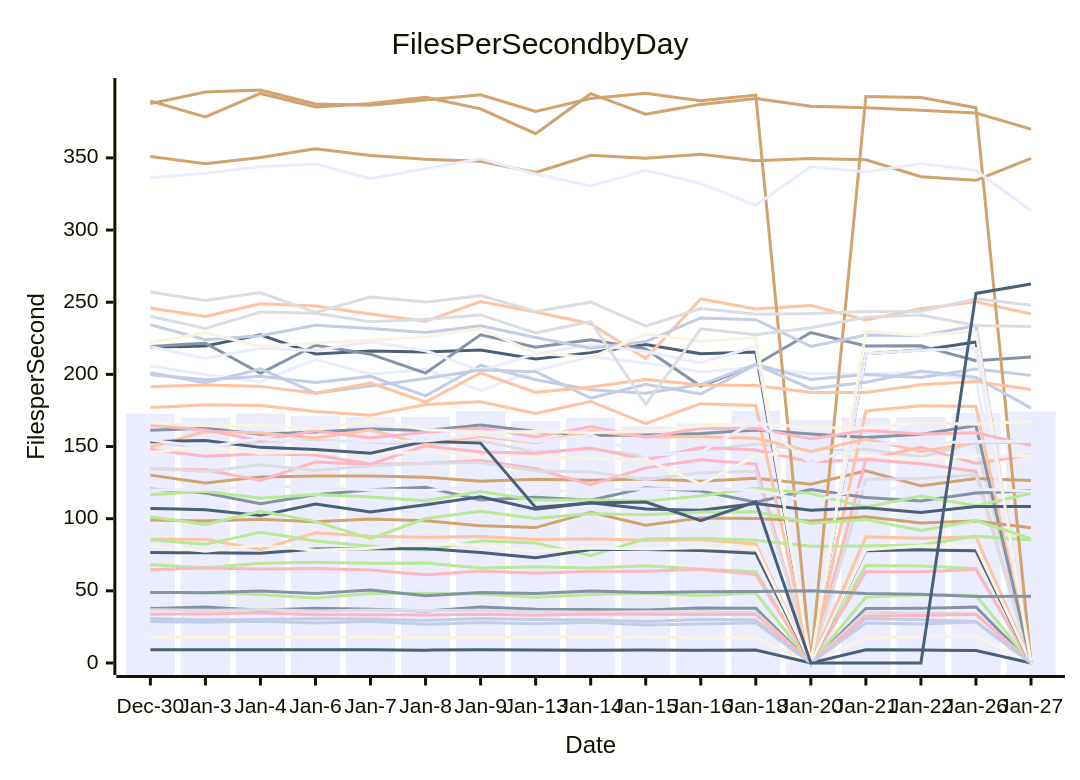
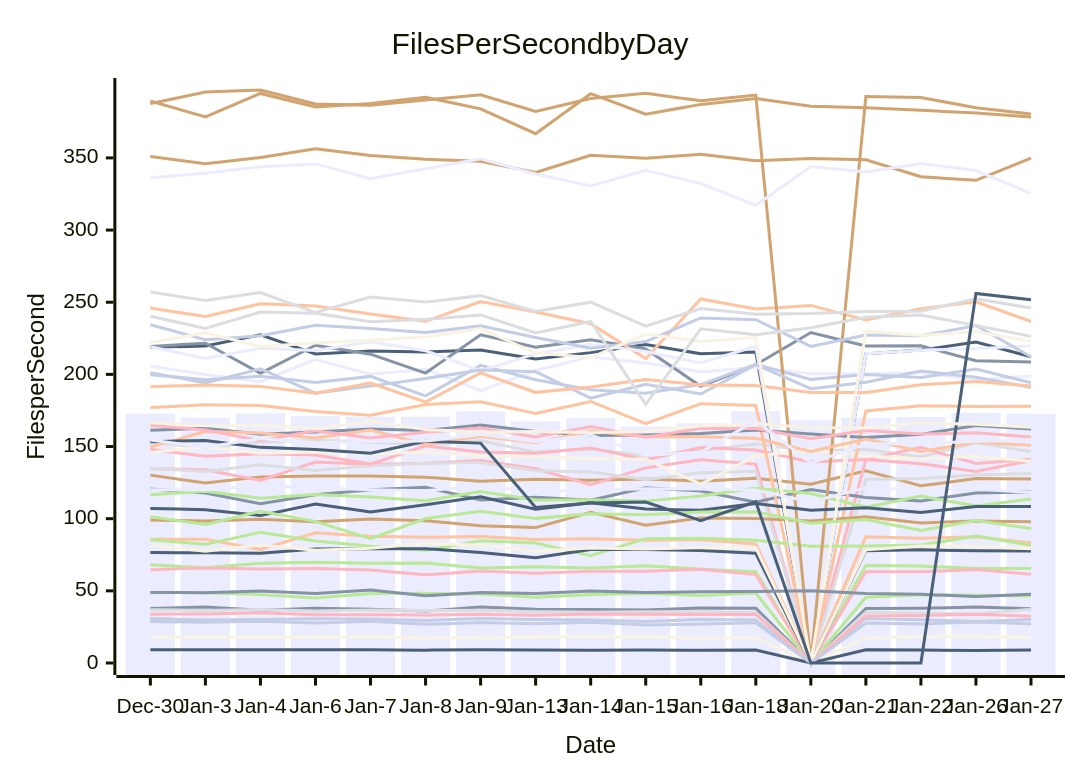
Before and after one commit to streetsidesoftware/cspell: the diagram in perf-report.md, drawn with Mermaid. The commit also changed other lines of this file and 1 other file, not shown here.

````diff
--- a/perf-report.md
+++ b/perf-report.md
@@ -10,57 +10,57 @@
 ```mermaid
 xychart-beta
     title Files Per Second by Day
     y-axis Files per Second
     x-axis Date [Dec-30, Jan-3, Jan-4, Jan-6, Jan-7, Jan-8, Jan-9, Jan-13, Jan-14, Jan-15, Jan-16, Jan-18, Jan-20, Jan-21, Jan-22, Jan-26, Jan-27]
-    bar [172.79, 170.07, 172.98, 171.06, 170.63, 170.60, 174.36, 167.48, 169.75, 163.88, 166.13, 174.50, 168.43, 169.86, 170.44, 173.21, 174.27]
-    line [37.85, 38.77, 36.54, 38.02, 37.20, 35.97, 38.77, 37.19, 37.15, 36.65, 38.13, 37.95, 0.00, 37.76, 37.89, 38.81, 0.00]
-    line [85.81, 85.78, 78.64, 90.27, 87.90, 87.06, 87.60, 85.54, 86.15, 85.12, 85.43, 82.51, 0.00, 87.43, 86.48, 87.49, 0.00]
-    line [153.21, 148.91, 153.20, 154.41, 153.05, 151.33, 153.98, 146.13, 148.32, 143.55, 147.19, 151.83, 146.83, 148.17, 142.81, 152.72, 0.00]
-    line [48.82, 48.74, 47.38, 44.97, 48.20, 48.28, 47.88, 45.48, 47.52, 48.15, 46.82, 48.44, 0.00, 45.59, 47.24, 46.87, 0.00]
-    line [130.19, 124.72, 128.97, 129.63, 129.57, 128.75, 125.98, 127.26, 126.67, 127.57, 126.01, 128.09, 123.93, 133.11, 122.76, 127.88, 126.43]
-    line [30.88, 29.79, 30.12, 30.58, 30.44, 29.43, 30.82, 30.13, 29.74, 28.69, 30.19, 29.74, 0.00, 30.87, 30.00, 28.70, 0.00]
-    line [134.58, 133.84, 126.46, 139.31, 137.59, 138.48, 140.31, 134.58, 123.64, 135.23, 140.79, 137.86, 0.00, 141.02, 138.02, 132.73, 0.00]
-    line [218.79, 219.63, 227.40, 214.16, 216.11, 215.58, 216.92, 210.61, 215.07, 220.69, 214.26, 215.48, 0.00, 214.23, 216.83, 222.41, 0.00]
-    line [17.93, 17.83, 17.83, 17.89, 18.19, 17.48, 17.44, 18.04, 18.04, 18.22, 17.23, 17.55, 0.00, 17.39, 18.17, 18.55, 0.00]
-    line [205.76, 199.93, 194.96, 210.48, 200.08, 203.53, 188.73, 202.65, 212.27, 207.96, 201.68, 204.97, 200.41, 200.50, 201.35, 196.11, 0.00]
-    line [219.38, 221.60, 200.66, 220.18, 213.99, 200.90, 227.46, 218.81, 223.94, 217.59, 191.78, 206.70, 229.01, 219.68, 219.77, 209.49, 212.12]
-    line [245.95, 240.13, 248.92, 247.35, 241.85, 236.85, 250.47, 243.18, 235.07, 210.91, 252.26, 245.25, 247.79, 237.71, 245.48, 250.24, 241.83]
-    line [134.99, 132.64, 137.41, 133.47, 136.71, 138.45, 138.88, 133.26, 132.31, 127.23, 131.76, 132.93, 0.00, 127.27, 127.81, 130.32, 0.00]
-    line [68.15, 65.99, 69.11, 69.77, 69.09, 69.36, 65.84, 66.66, 65.78, 67.40, 65.04, 63.23, 0.00, 67.48, 67.27, 65.41, 0.00]
-    line [350.95, 345.98, 350.21, 356.35, 351.62, 349.11, 347.65, 339.94, 351.75, 349.84, 352.46, 347.95, 349.61, 348.67, 336.98, 334.45, 349.65]
-    line [199.78, 196.30, 198.61, 194.45, 198.60, 185.12, 206.27, 196.30, 189.40, 186.97, 192.92, 206.92, 196.43, 199.84, 197.78, 203.69, 199.30]
-    line [148.04, 143.32, 145.06, 144.14, 137.83, 150.50, 146.15, 145.30, 149.05, 140.78, 149.26, 147.65, 139.36, 140.95, 149.41, 138.21, 144.23]
-    line [9.12, 9.16, 9.11, 9.12, 9.14, 8.90, 9.21, 9.09, 8.82, 8.93, 8.76, 8.99, 0.00, 9.21, 8.99, 8.69, 0.00]
-    line [145.93, 149.70, 145.36, 146.19, 145.02, 146.18, 143.49, 142.76, 141.64, 141.15, 123.99, 143.49, 147.59, 143.59, 141.42, 143.21, 143.65]
-    line [219.17, 210.98, 218.13, 216.47, 222.63, 216.37, 202.60, 214.18, 220.74, 215.80, 207.87, 219.52, 0.00, 214.36, 216.75, 217.84, 0.00]
-    line [120.64, 117.82, 110.33, 116.53, 120.08, 121.77, 112.94, 114.87, 112.73, 121.37, 119.21, 111.41, 120.28, 114.69, 112.28, 117.78, 119.28]
-    line [176.99, 178.92, 178.38, 174.22, 171.75, 179.11, 181.04, 172.87, 181.24, 165.83, 179.67, 178.49, 0.00, 174.64, 178.29, 177.69, 0.00]
-    line [36.98, 36.38, 37.08, 36.07, 36.65, 36.34, 36.49, 35.46, 35.24, 35.59, 35.58, 35.07, 0.00, 35.24, 34.68, 33.94, 0.00]
-    line [85.34, 82.22, 90.61, 84.54, 80.98, 78.06, 84.72, 83.13, 74.36, 86.16, 86.38, 84.98, 80.87, 81.08, 81.74, 87.91, 85.31]
-    line [387.60, 395.60, 397.05, 387.31, 386.47, 390.16, 393.74, 382.18, 391.17, 394.86, 389.55, 393.53, 0.00, 392.61, 391.87, 384.72, 0.00]
-    line [201.20, 194.13, 203.79, 186.99, 191.85, 197.16, 203.10, 201.84, 183.49, 193.18, 186.41, 206.76, 190.09, 194.48, 202.39, 197.93, 176.65]
-    line [64.66, 65.89, 65.11, 65.47, 64.47, 61.13, 63.67, 62.15, 63.63, 63.52, 64.93, 61.26, 0.00, 63.19, 63.24, 64.72, 0.00]
-    line [76.50, 76.34, 76.08, 79.03, 79.23, 79.24, 76.50, 72.97, 78.65, 78.72, 77.98, 76.03, 0.00, 77.82, 78.41, 77.74, 0.00]
-    line [81.41, 77.52, 81.68, 78.20, 79.53, 83.01, 81.62, 77.54, 79.76, 78.94, 80.05, 79.79, 0.00, 78.41, 81.03, 80.80, 0.00]
-    line [336.17, 339.40, 343.93, 345.83, 335.66, 342.43, 349.42, 338.80, 330.51, 341.37, 332.29, 317.17, 344.00, 340.27, 346.07, 341.26, 313.41]
-    line [161.25, 162.72, 158.59, 160.02, 162.06, 161.10, 164.91, 160.36, 157.59, 157.97, 159.04, 161.40, 158.69, 156.26, 158.43, 164.60, 0.00]
-    line [191.45, 192.64, 191.68, 186.85, 193.93, 180.85, 201.04, 187.54, 191.28, 196.46, 192.64, 192.25, 187.45, 187.38, 192.87, 195.04, 189.47]
-    line [257.10, 251.12, 256.72, 242.84, 253.62, 250.11, 254.55, 243.64, 250.04, 233.42, 245.62, 241.64, 242.10, 243.52, 243.78, 252.46, 247.88]
-    line [116.64, 119.03, 114.16, 116.74, 115.06, 112.51, 118.83, 112.95, 112.89, 112.17, 115.75, 121.13, 117.45, 107.89, 115.63, 108.80, 117.57]
-    line [99.08, 98.33, 99.60, 97.96, 99.84, 98.62, 95.10, 93.83, 104.36, 95.41, 100.49, 100.17, 98.43, 101.26, 97.05, 98.45, 93.78]
-    line [234.40, 224.05, 226.75, 234.01, 231.87, 229.00, 233.60, 225.53, 218.14, 222.73, 239.07, 237.86, 219.38, 227.33, 226.70, 233.87, 0.00]
-    line [33.78, 33.96, 34.86, 33.41, 33.47, 33.19, 33.82, 33.01, 34.00, 33.70, 33.67, 33.62, 0.00, 32.53, 32.97, 33.70, 0.00]
-    line [107.07, 106.25, 102.14, 110.16, 104.65, 109.58, 115.11, 106.48, 111.07, 106.70, 105.83, 110.59, 105.90, 107.50, 104.30, 108.52, 108.44]
-    line [222.00, 228.77, 219.30, 221.68, 223.62, 226.04, 231.74, 214.77, 211.68, 227.93, 222.84, 225.57, 0.00, 229.76, 226.99, 229.64, 0.00]
-    line [120.11, 120.07, 122.96, 121.36, 120.04, 119.36, 122.67, 118.82, 119.70, 120.72, 120.60, 119.83, 111.61, 121.49, 119.94, 120.57, 118.85]
-    line [48.88, 48.70, 49.88, 48.16, 50.54, 46.59, 48.81, 48.15, 49.96, 48.86, 49.35, 49.61, 49.98, 48.14, 47.57, 46.02, 46.27]
-    line [149.63, 160.44, 159.38, 155.94, 161.49, 151.30, 157.09, 152.68, 160.69, 156.79, 156.81, 155.73, 146.52, 155.23, 146.60, 152.95, 152.63]
-    line [240.28, 231.82, 243.15, 242.35, 236.52, 238.12, 241.19, 228.64, 236.61, 179.24, 231.58, 227.41, 232.25, 239.53, 241.09, 233.83, 233.21]
-    line [101.39, 95.92, 105.11, 98.16, 86.10, 100.14, 105.08, 100.22, 103.42, 102.77, 104.55, 104.84, 96.90, 99.42, 91.88, 98.65, 86.18]
-    line [389.40, 378.43, 394.66, 385.25, 387.67, 392.05, 384.01, 366.78, 394.48, 380.24, 387.08, 391.19, 385.76, 384.74, 382.99, 381.11, 369.98]
-    line [28.71, 28.29, 28.89, 27.76, 28.93, 26.82, 27.98, 27.25, 28.25, 26.29, 26.94, 27.92, 0.00, 27.74, 27.10, 28.41, 0.00]
-    line [164.75, 161.43, 154.09, 160.97, 155.89, 159.83, 162.81, 156.59, 163.92, 156.50, 162.70, 162.52, 155.39, 161.05, 158.62, 159.47, 150.70]
-    line [153.37, 154.17, 149.42, 147.86, 145.38, 153.63, 152.37, 107.78, 110.93, 111.50, 98.69, 111.74, 0.00, 0.00, 0.00, 256.11, 262.64]
-    line [166.42, 164.47, 164.70, 162.35, 167.49, 161.75, 159.91, 160.33, 159.51, 160.62, 164.27, 165.83, 163.17, 162.82, 166.39, 165.48, 167.56]
-    line [154.49, 149.59, 155.51, 152.61, 153.69, 153.81, 158.28, 153.24, 158.05, 143.97, 146.11, 167.84, 138.47, 151.83, 152.31, 153.48, 153.47]
+    bar [172.79, 170.07, 172.98, 171.06, 170.63, 170.60, 174.36, 167.48, 169.75, 163.88, 166.13, 174.50, 168.43, 169.86, 170.44, 173.21, 172.67]
+    line [37.85, 38.77, 36.54, 38.02, 37.20, 35.97, 38.77, 37.19, 37.15, 36.65, 38.13, 37.95, 0.00, 37.76, 37.89, 38.81, 37.65]
+    line [85.81, 85.78, 78.64, 90.27, 87.90, 87.06, 87.60, 85.54, 86.15, 85.12, 85.43, 82.51, 0.00, 87.43, 86.48, 87.49, 83.14]
+    line [153.21, 148.91, 153.20, 154.41, 153.05, 151.33, 153.98, 146.13, 148.32, 143.55, 147.19, 151.83, 146.83, 148.17, 142.81, 152.72, 146.41]
+    line [48.82, 48.74, 47.38, 44.97, 48.20, 48.28, 47.88, 45.48, 47.52, 48.15, 46.82, 48.44, 0.00, 45.59, 47.24, 46.87, 46.50]
+    line [130.19, 124.72, 128.97, 129.63, 129.57, 128.75, 125.98, 127.26, 126.67, 127.57, 126.01, 128.09, 123.93, 133.11, 122.76, 127.88, 127.54]
+    line [30.88, 29.79, 30.12, 30.58, 30.44, 29.43, 30.82, 30.13, 29.74, 28.69, 30.19, 29.74, 0.00, 30.87, 30.00, 28.70, 30.15]
+    line [134.58, 133.84, 126.46, 139.31, 137.59, 138.48, 140.31, 134.58, 123.64, 135.23, 140.79, 137.86, 0.00, 141.02, 138.02, 132.73, 140.34]
+    line [218.79, 219.63, 227.40, 214.16, 216.11, 215.58, 216.92, 210.61, 215.07, 220.69, 214.26, 215.48, 0.00, 214.23, 216.83, 222.41, 212.17]
+    line [17.93, 17.83, 17.83, 17.89, 18.19, 17.48, 17.44, 18.04, 18.04, 18.22, 17.23, 17.55, 0.00, 17.39, 18.17, 18.55, 17.49]
+    line [205.76, 199.93, 194.96, 210.48, 200.08, 203.53, 188.73, 202.65, 212.27, 207.96, 201.68, 204.97, 200.41, 200.50, 201.35, 196.11, 198.83]
+    line [219.38, 221.60, 200.66, 220.18, 213.99, 200.90, 227.46, 218.81, 223.94, 217.59, 191.78, 206.70, 229.01, 219.68, 219.77, 209.49, 208.60]
+    line [245.95, 240.13, 248.92, 247.35, 241.85, 236.85, 250.47, 243.18, 235.07, 210.91, 252.26, 245.25, 247.79, 237.71, 245.48, 250.24, 236.64]
+    line [134.99, 132.64, 137.41, 133.47, 136.71, 138.45, 138.88, 133.26, 132.31, 127.23, 131.76, 132.93, 0.00, 127.27, 127.81, 130.32, 131.33]
+    line [68.15, 65.99, 69.11, 69.77, 69.09, 69.36, 65.84, 66.66, 65.78, 67.40, 65.04, 63.23, 0.00, 67.48, 67.27, 65.41, 65.55]
+    line [350.95, 345.98, 350.21, 356.35, 351.62, 349.11, 347.65, 339.94, 351.75, 349.84, 352.46, 347.95, 349.61, 348.67, 336.98, 334.45, 349.88]
+    line [199.78, 196.30, 198.61, 194.45, 198.60, 185.12, 206.27, 196.30, 189.40, 186.97, 192.92, 206.92, 196.43, 199.84, 197.78, 203.69, 194.15]
+    line [148.04, 143.32, 145.06, 144.14, 137.83, 150.50, 146.15, 145.30, 149.05, 140.78, 149.26, 147.65, 139.36, 140.95, 149.41, 138.21, 141.18]
+    line [9.12, 9.16, 9.11, 9.12, 9.14, 8.90, 9.21, 9.09, 8.82, 8.93, 8.76, 8.99, 0.00, 9.21, 8.99, 8.69, 8.96]
+    line [145.93, 149.70, 145.36, 146.19, 145.02, 146.18, 143.49, 142.76, 141.64, 141.15, 123.99, 143.49, 147.59, 143.59, 141.42, 143.21, 139.80]
+    line [219.17, 210.98, 218.13, 216.47, 222.63, 216.37, 202.60, 214.18, 220.74, 215.80, 207.87, 219.52, 0.00, 214.36, 216.75, 217.84, 219.78]
+    line [120.64, 117.82, 110.33, 116.53, 120.08, 121.77, 112.94, 114.87, 112.73, 121.37, 119.21, 111.41, 120.28, 114.69, 112.28, 117.78, 118.45]
+    line [176.99, 178.92, 178.38, 174.22, 171.75, 179.11, 181.04, 172.87, 181.24, 165.83, 179.67, 178.49, 0.00, 174.64, 178.29, 177.69, 177.91]
+    line [36.98, 36.38, 37.08, 36.07, 36.65, 36.34, 36.49, 35.46, 35.24, 35.59, 35.58, 35.07, 0.00, 35.24, 34.68, 33.94, 37.17]
+    line [85.34, 82.22, 90.61, 84.54, 80.98, 78.06, 84.72, 83.13, 74.36, 86.16, 86.38, 84.98, 80.87, 81.08, 81.74, 87.91, 81.66]
+    line [387.60, 395.60, 397.05, 387.31, 386.47, 390.16, 393.74, 382.18, 391.17, 394.86, 389.55, 393.53, 0.00, 392.61, 391.87, 384.72, 380.50]
+    line [201.20, 194.13, 203.79, 186.99, 191.85, 197.16, 203.10, 201.84, 183.49, 193.18, 186.41, 206.76, 190.09, 194.48, 202.39, 197.93, 190.96]
+    line [64.66, 65.89, 65.11, 65.47, 64.47, 61.13, 63.67, 62.15, 63.63, 63.52, 64.93, 61.26, 0.00, 63.19, 63.24, 64.72, 61.49]
+    line [76.50, 76.34, 76.08, 79.03, 79.23, 79.24, 76.50, 72.97, 78.65, 78.72, 77.98, 76.03, 0.00, 77.82, 78.41, 77.74, 77.55]
+    line [81.41, 77.52, 81.68, 78.20, 79.53, 83.01, 81.62, 77.54, 79.76, 78.94, 80.05, 79.79, 0.00, 78.41, 81.03, 80.80, 79.24]
+    line [336.17, 339.40, 343.93, 345.83, 335.66, 342.43, 349.42, 338.80, 330.51, 341.37, 332.29, 317.17, 344.00, 340.27, 346.07, 341.26, 325.45]
+    line [161.25, 162.72, 158.59, 160.02, 162.06, 161.10, 164.91, 160.36, 157.59, 157.97, 159.04, 161.40, 158.69, 156.26, 158.43, 164.60, 162.20]
+    line [191.45, 192.64, 191.68, 186.85, 193.93, 180.85, 201.04, 187.54, 191.28, 196.46, 192.64, 192.25, 187.45, 187.38, 192.87, 195.04, 191.90]
+    line [257.10, 251.12, 256.72, 242.84, 253.62, 250.11, 254.55, 243.64, 250.04, 233.42, 245.62, 241.64, 242.10, 243.52, 243.78, 252.46, 246.04]
+    line [116.64, 119.03, 114.16, 116.74, 115.06, 112.51, 118.83, 112.95, 112.89, 112.17, 115.75, 121.13, 117.45, 107.89, 115.63, 108.80, 113.59]
+    line [99.08, 98.33, 99.60, 97.96, 99.84, 98.62, 95.10, 93.83, 104.36, 95.41, 100.49, 100.17, 98.43, 101.26, 97.05, 98.45, 97.87]
+    line [234.40, 224.05, 226.75, 234.01, 231.87, 229.00, 233.60, 225.53, 218.14, 222.73, 239.07, 237.86, 219.38, 227.33, 226.70, 233.87, 212.17]
+    line [33.78, 33.96, 34.86, 33.41, 33.47, 33.19, 33.82, 33.01, 34.00, 33.70, 33.67, 33.62, 0.00, 32.53, 32.97, 33.70, 32.47]
+    line [107.07, 106.25, 102.14, 110.16, 104.65, 109.58, 115.11, 106.48, 111.07, 106.70, 105.83, 110.59, 105.90, 107.50, 104.30, 108.52, 108.53]
+    line [222.00, 228.77, 219.30, 221.68, 223.62, 226.04, 231.74, 214.77, 211.68, 227.93, 222.84, 225.57, 0.00, 229.76, 226.99, 229.64, 222.91]
+    line [120.11, 120.07, 122.96, 121.36, 120.04, 119.36, 122.67, 118.82, 119.70, 120.72, 120.60, 119.83, 111.61, 121.49, 119.94, 120.57, 118.08]
+    line [48.88, 48.70, 49.88, 48.16, 50.54, 46.59, 48.81, 48.15, 49.96, 48.86, 49.35, 49.61, 49.98, 48.14, 47.57, 46.02, 47.64]
+    line [149.63, 160.44, 159.38, 155.94, 161.49, 151.30, 157.09, 152.68, 160.69, 156.79, 156.81, 155.73, 146.52, 155.23, 146.60, 152.95, 150.80]
+    line [240.28, 231.82, 243.15, 242.35, 236.52, 238.12, 241.19, 228.64, 236.61, 179.24, 231.58, 227.41, 232.25, 239.53, 241.09, 233.83, 226.32]
+    line [101.39, 95.92, 105.11, 98.16, 86.10, 100.14, 105.08, 100.22, 103.42, 102.77, 104.55, 104.84, 96.90, 99.42, 91.88, 98.65, 93.26]
+    line [389.40, 378.43, 394.66, 385.25, 387.67, 392.05, 384.01, 366.78, 394.48, 380.24, 387.08, 391.19, 385.76, 384.74, 382.99, 381.11, 378.36]
+    line [28.71, 28.29, 28.89, 27.76, 28.93, 26.82, 27.98, 27.25, 28.25, 26.29, 26.94, 27.92, 0.00, 27.74, 27.10, 28.41, 27.24]
+    line [164.75, 161.43, 154.09, 160.97, 155.89, 159.83, 162.81, 156.59, 163.92, 156.50, 162.70, 162.52, 155.39, 161.05, 158.62, 159.47, 156.64]
+    line [153.37, 154.17, 149.42, 147.86, 145.38, 153.63, 152.37, 107.78, 110.93, 111.50, 98.69, 111.74, 0.00, 0.00, 0.00, 256.11, 251.74]
+    line [166.42, 164.47, 164.70, 162.35, 167.49, 161.75, 159.91, 160.33, 159.51, 160.62, 164.27, 165.83, 163.17, 162.82, 166.39, 165.48, 163.41]
+    line [154.49, 149.59, 155.51, 152.61, 153.69, 153.81, 158.28, 153.24, 158.05, 143.97, 146.11, 167.84, 138.47, 151.83, 152.31, 153.48, 154.60]
 ```
````
